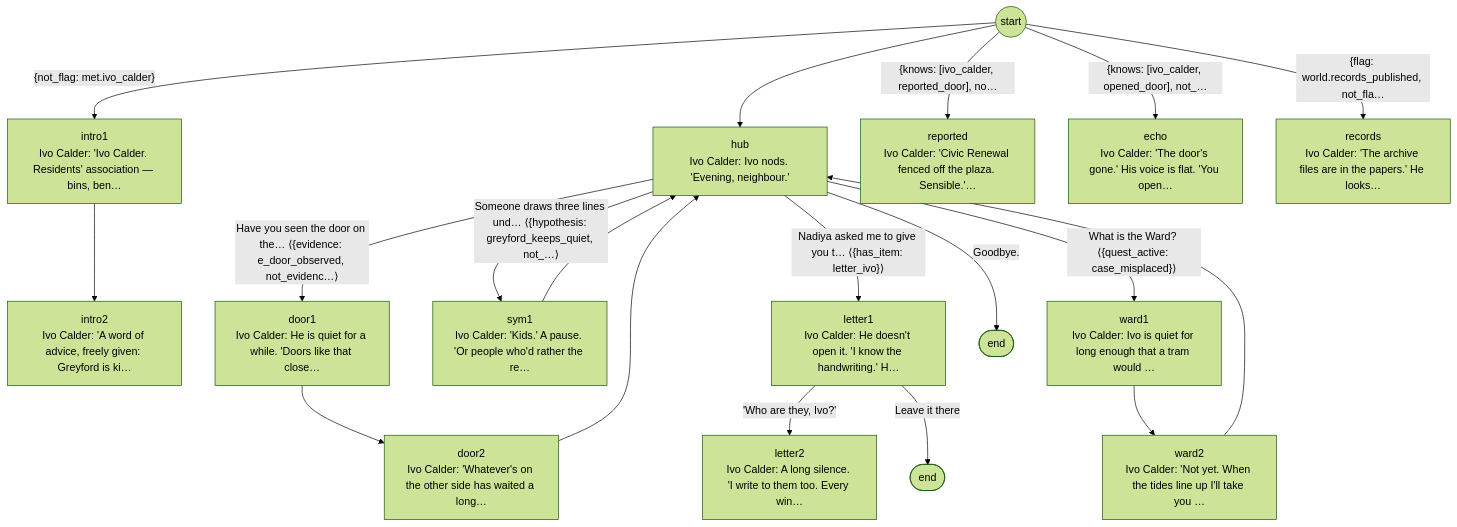
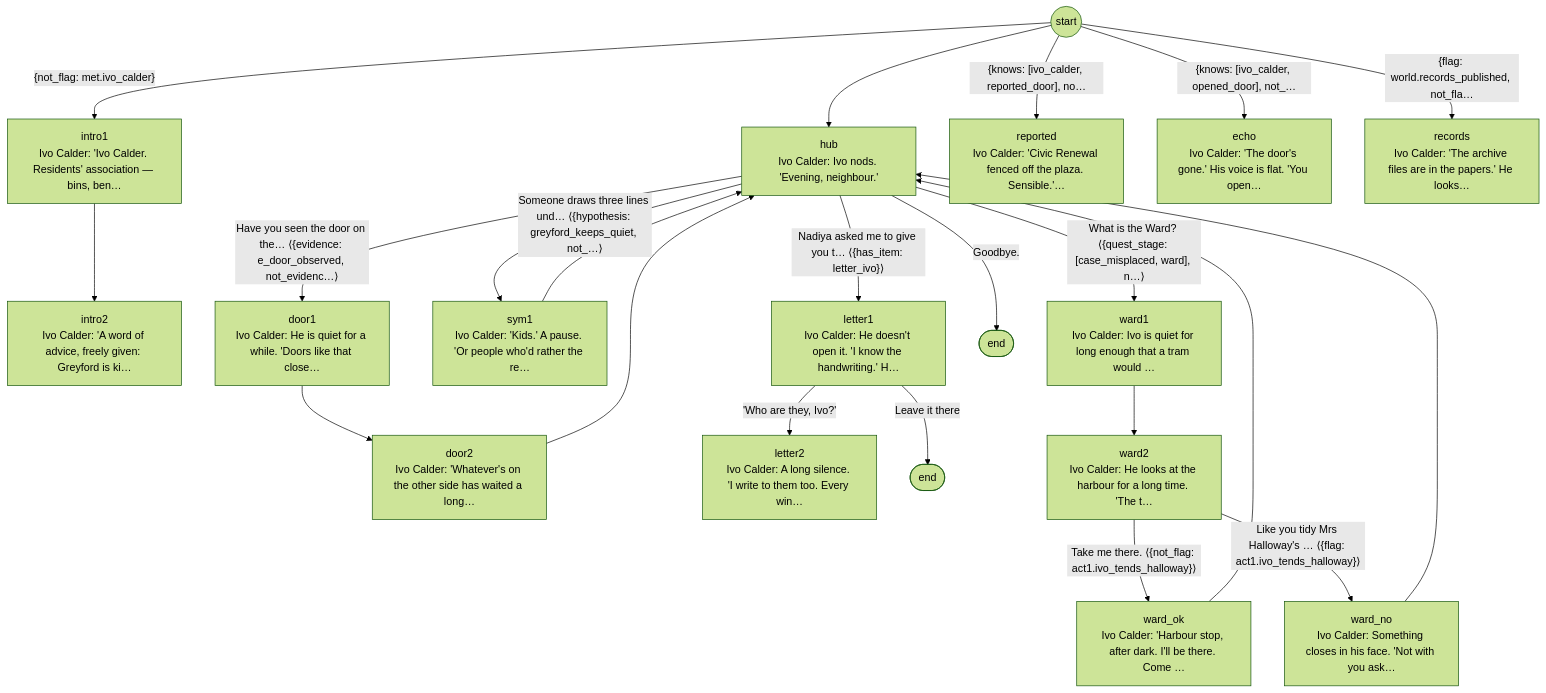
Before and after one commit to DoctorStrangeSH/ECHOES-OF-THE-VEIL: diagram 27 of 51 in docs/generated/dialogue.md, drawn with Mermaid (forest theme). The commit also changed other lines of this file and 42 other files, not shown here.

First line of the commit message:
M7b: Act II - The People We Misplaced

````diff
--- a/docs/generated/dialogue.md
+++ b/docs/generated/dialogue.md
@@ -428,37 +675,42 @@
 ```mermaid
 flowchart TD
   ivo_START(("start"))
   ivo_START --> ivo_hub
   ivo_START -->|"{not_flag: met.ivo_calder}"| ivo_intro1
   ivo_START -->|"{knows: [ivo_calder, reported_door], no…"| ivo_reported
   ivo_START -->|"{knows: [ivo_calder, opened_door], not_…"| ivo_echo
   ivo_START -->|"{flag: world.records_published, not_fla…"| ivo_records
   ivo_intro1["intro1<br/>Ivo Calder: 'Ivo Calder. Residents' association — bins, ben…"]
   ivo_intro1 --> ivo_intro2
   ivo_intro2["intro2<br/>Ivo Calder: 'A word of advice, freely given: Greyford is ki…"]
   ivo_hub["hub<br/>Ivo Calder: Ivo nods. 'Evening, neighbour.'"]
   ivo_hub -->|"Have you seen the door on the… ⟨{evidence: e_door_observed, not_evidenc…⟩"| ivo_door1
   ivo_hub -->|"Someone draws three lines und… ⟨{hypothesis: greyford_keeps_quiet, not_…⟩"| ivo_sym1
   ivo_hub -->|"Nadiya asked me to give you t… ⟨{has_item: letter_ivo}⟩"| ivo_letter1
-  ivo_hub -->|"What is the Ward? ⟨{quest_active: case_misplaced}⟩"| ivo_ward1
+  ivo_hub -->|"What is the Ward? ⟨{quest_stage: [case_misplaced, ward], n…⟩"| ivo_ward1
   ivo_hub_end_4(["end"])
   ivo_hub -->|"Goodbye."| ivo_hub_end_4
   ivo_door1["door1<br/>Ivo Calder: He is quiet for a while. 'Doors like that close…"]
   ivo_door1 --> ivo_door2
   ivo_door2["door2<br/>Ivo Calder: 'Whatever's on the other side has waited a long…"]
   ivo_door2 --> ivo_hub
   ivo_sym1["sym1<br/>Ivo Calder: 'Kids.' A pause. 'Or people who'd rather the re…"]
   ivo_sym1 --> ivo_hub
   ivo_reported["reported<br/>Ivo Calder: 'Civic Renewal fenced off the plaza. Sensible.'…"]
   ivo_echo["echo<br/>Ivo Calder: 'The door's gone.' His voice is flat. 'You open…"]
   ivo_letter1["letter1<br/>Ivo Calder: He doesn't open it. 'I know the handwriting.' H…"]
   ivo_letter1 -->|"'Who are they, Ivo?'"| ivo_letter2
   ivo_letter1_end_1(["end"])
   ivo_letter1 -->|"Leave it there"| ivo_letter1_end_1
   ivo_letter2["letter2<br/>Ivo Calder: A long silence. 'I write to them too. Every win…"]
   ivo_records["records<br/>Ivo Calder: 'The archive files are in the papers.' He looks…"]
   ivo_ward1["ward1<br/>Ivo Calder: Ivo is quiet for long enough that a tram would …"]
   ivo_ward1 --> ivo_ward2
-  ivo_ward2["ward2<br/>Ivo Calder: 'Not yet. When the tides line up I'll take you …"]
-  ivo_ward2 --> ivo_hub
+  ivo_ward2["ward2<br/>Ivo Calder: He looks at the harbour for a long time. 'The t…"]
+  ivo_ward2 -->|"Take me there. ⟨{not_flag: act1.ivo_tends_halloway}⟩"| ivo_ward_ok
+  ivo_ward2 -->|"Like you tidy Mrs Halloway's … ⟨{flag: act1.ivo_tends_halloway}⟩"| ivo_ward_no
+  ivo_ward_ok["ward_ok<br/>Ivo Calder: 'Harbour stop, after dark. I'll be there. Come …"]
+  ivo_ward_ok --> ivo_hub
+  ivo_ward_no["ward_no<br/>Ivo Calder: Something closes in his face. 'Not with you ask…"]
+  ivo_ward_no --> ivo_hub
 ```
````
